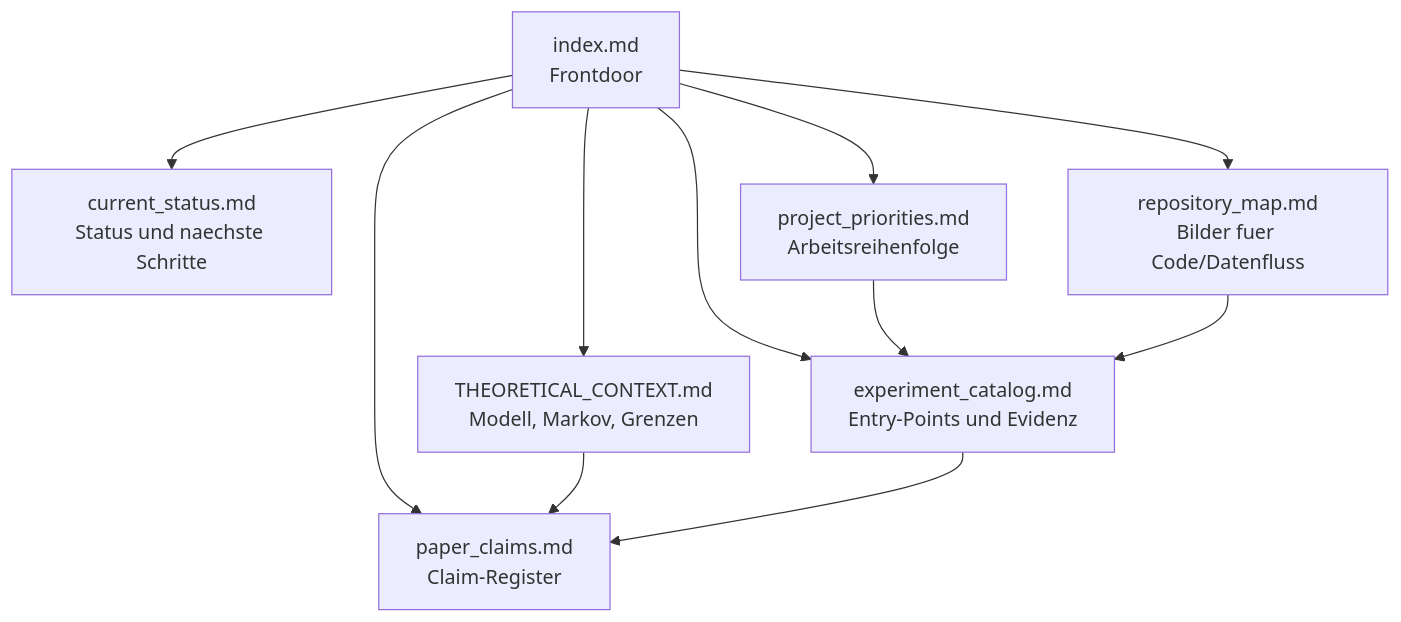
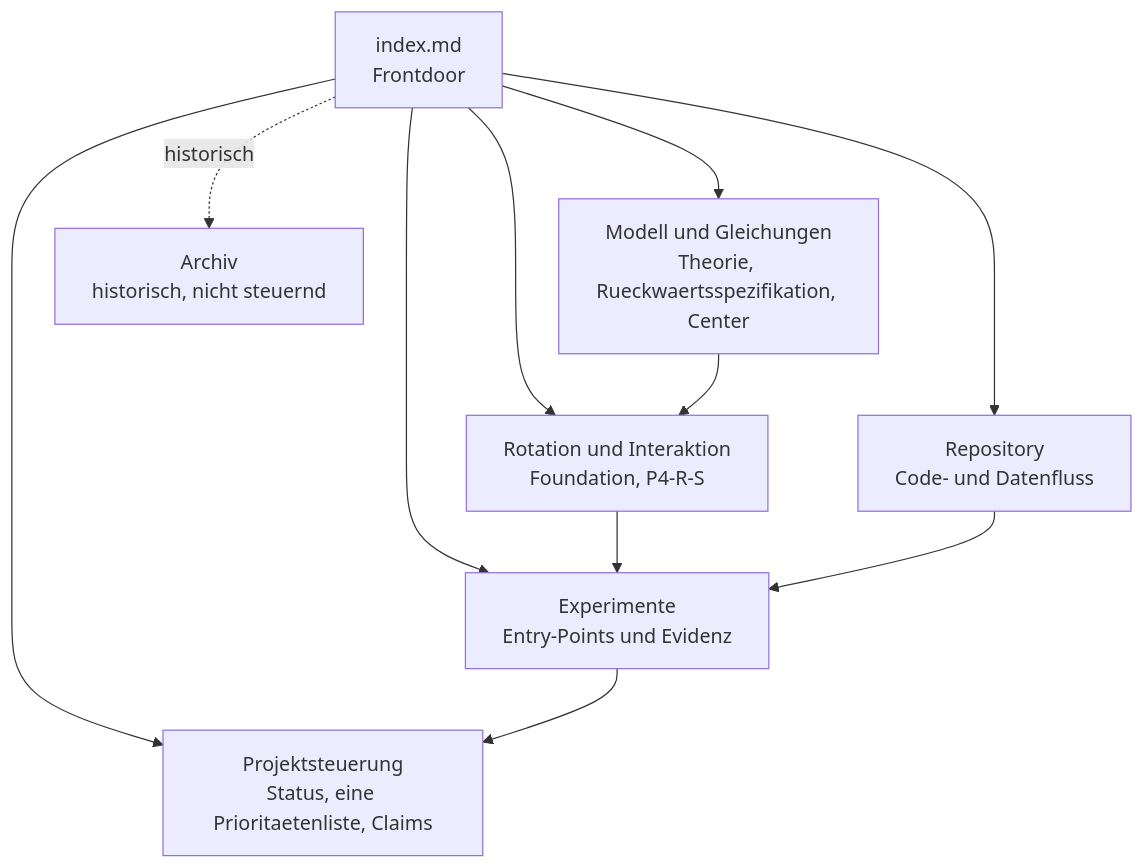
The second of 8 diagrams in docs/reference/repository_map.md (MemoryDynamics/Knoten), drawn with Mermaid before and after one commit. The commit also changed other lines of this file and 16 other files, not shown here.

````diff
--- a/docs/reference/repository_map.md
+++ b/docs/reference/repository_map.md
@@ -147,22 +147,22 @@
 ```mermaid
 flowchart TD
     index["index.md<br/>Frontdoor"]
-    current["current_status.md<br/>Status und naechste Schritte"]
-    priorities["project_priorities.md<br/>Arbeitsreihenfolge"]
-    theory["THEORETICAL_CONTEXT.md<br/>Modell, Markov, Grenzen"]
-    map["repository_map.md<br/>Bilder fuer Code/Datenfluss"]
-    experiments_doc["experiment_catalog.md<br/>Entry-Points und Evidenz"]
-    claims["paper_claims.md<br/>Claim-Register"]
+    steering["Projektsteuerung<br/>Status, eine Prioritaetenliste, Claims"]
+    model["Modell und Gleichungen<br/>Theorie, Rueckwaertsspezifikation, Center"]
+    rotation["Rotation und Interaktion<br/>Foundation, P4-R-S"]
+    experiments_doc["Experimente<br/>Entry-Points und Evidenz"]
+    map["Repository<br/>Code- und Datenfluss"]
+    archive["Archiv<br/>historisch, nicht steuernd"]
 
-    index --> current
-    index --> priorities
-    index --> theory
+    index --> steering
+    index --> model
+    index --> rotation
+    index --> experiments_doc
     index --> map
-    index --> experiments_doc
-    index --> claims
+    index -.historisch.-> archive
 
-    priorities --> experiments_doc
-    theory --> claims
+    model --> rotation
+    rotation --> experiments_doc
+    experiments_doc --> steering
     map --> experiments_doc
-    experiments_doc --> claims
 ```
````
